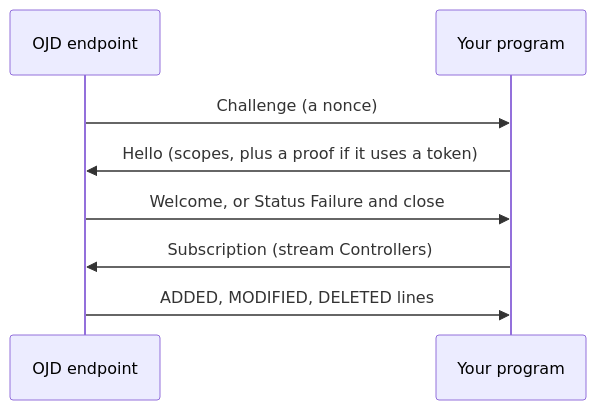
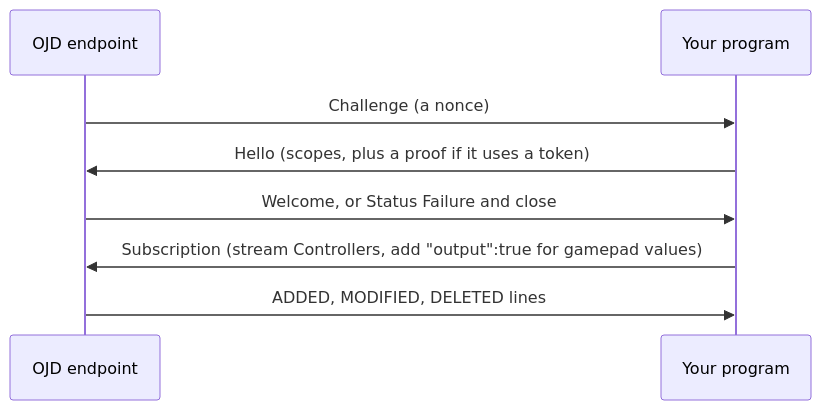
The second of 4 diagrams in wiki/Automating-OpenJoystickDriver.md (xsyetopz/OpenJoystickDriver), drawn with Mermaid before and after one commit. The commit also changed other lines of this file, not shown here.

````diff
--- a/wiki/Automating-OpenJoystickDriver.md
+++ b/wiki/Automating-OpenJoystickDriver.md
@@ -112,10 +101,10 @@
 ```mermaid
 sequenceDiagram
     participant E as OJD endpoint
     participant P as Your program
     E->>P: Challenge (a nonce)
     P->>E: Hello (scopes, plus a proof if it uses a token)
     E->>P: Welcome, or Status Failure and close
-    P->>E: Subscription (stream Controllers)
+    P->>E: Subscription (stream Controllers, add "output":true for gamepad values)
     E->>P: ADDED, MODIFIED, DELETED lines
 ```
````
